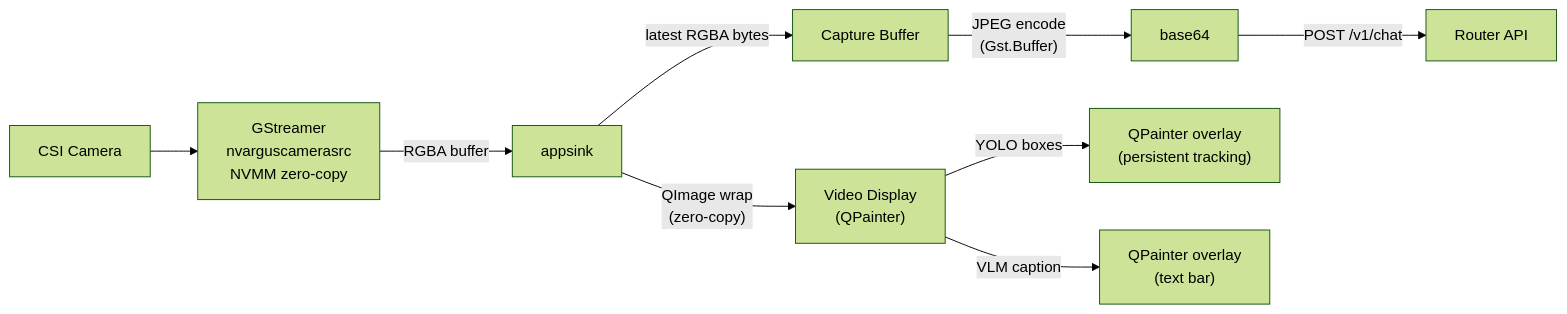
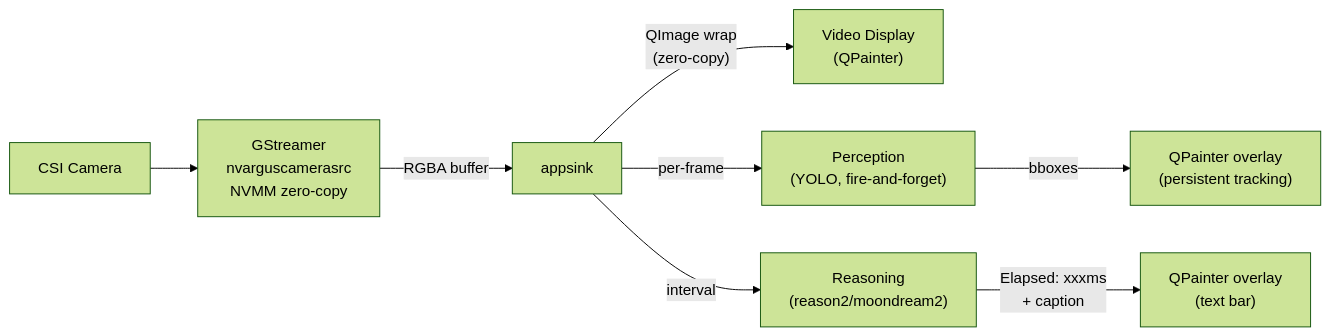
The third of 4 diagrams in pyside6-gui.md (ccbruce0812/nikko-vlm-webui), drawn with Mermaid (forest theme) before and after one commit. The commit also changed other lines of this file, not shown here.

Commit message:
Update architecture and mermaid.

````diff
--- a/pyside6-gui.md
+++ b/pyside6-gui.md
@@ -77,14 +79,13 @@
 ```mermaid
 flowchart LR
     CSI["CSI Camera"] --> GST["GStreamer<br/>nvarguscamerasrc<br/>NVMM zero-copy"]
     GST -->|"RGBA buffer"| App["appsink"]
 
     App -->|"QImage wrap<br/>(zero-copy)"| Display["Video Display<br/>(QPainter)"]
-    App -->|"latest RGBA bytes"| Buf["Capture Buffer"]
 
-    Buf -->|"JPEG encode<br/>(Gst.Buffer)"| B64["base64"]
-    B64 -->|"POST /v1/chat"| Router["Router API"]
+    App -->|"per-frame"| YOLO["Perception<br/>(YOLO, fire-and-forget)"]
+    YOLO -->|"bboxes"| YDraw["QPainter overlay<br/>(persistent tracking)"]
 
-    Display -->|"YOLO boxes"| YDraw["QPainter overlay<br/>(persistent tracking)"]
-    Display -->|"VLM caption"| CDraw["QPainter overlay<br/>(text bar)"]
+    App -->|"interval"| VLM["Reasoning<br/>(reason2/moondream2)"]
+    VLM -->|"Elapsed: xxxms<br/>+ caption"| CDraw["QPainter overlay<br/>(text bar)"]
 ```
````
